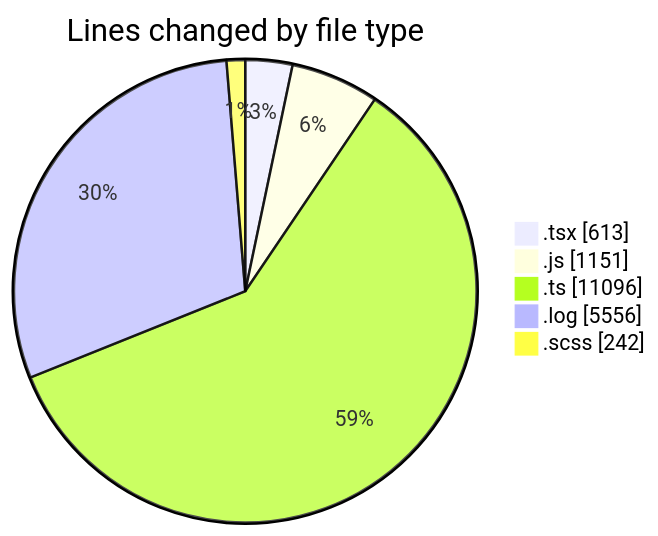
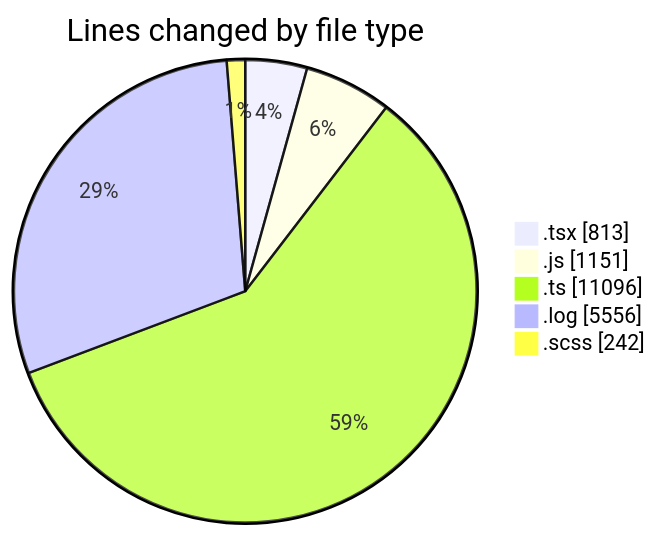
One commit to momahboobian/code-tracking changed the first of 2 diagrams in 2026-04-09/cda/README.md. Above: the diagram before and after it, drawn with Mermaid. The commit also changed other lines of this file and 1 other file, not shown here.

````diff
--- a/2026-04-09/cda/README.md
+++ b/2026-04-09/cda/README.md
@@ -30,9 +31,9 @@
 ```mermaid
 pie showData
 title Lines changed by file type
-".tsx" : 613
+".tsx" : 813
 ".js" : 1151
 ".ts" : 11096
 ".log" : 5556
 ".scss" : 242
 ```
````
